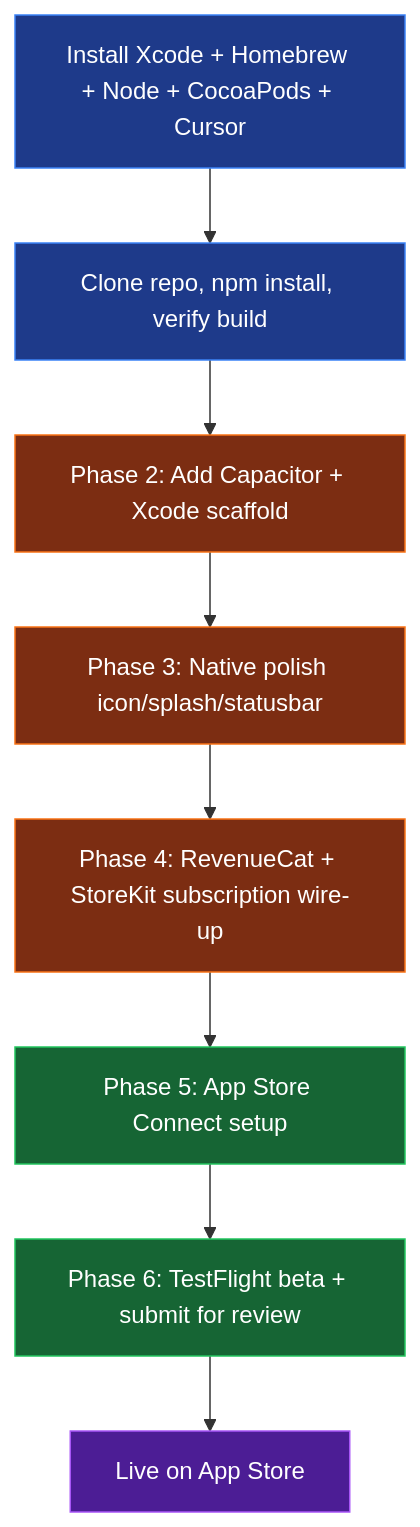
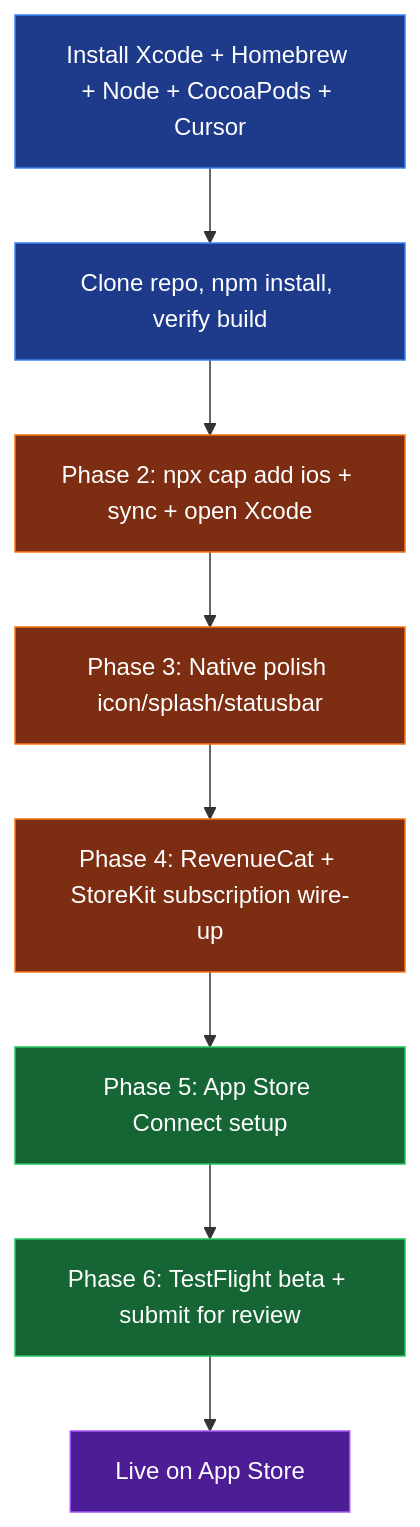
Before and after one commit to sarasmithmft-del/bcba-study-app: the diagram in HANDOFF.md, drawn with Mermaid. The commit also changed other lines of this file and 3 other files, not shown here.

First line of the commit message:
Scaffold Capacitor 8 for iOS and refresh Mac handoff docs.

````diff
--- a/HANDOFF.md
+++ b/HANDOFF.md
@@ -33,19 +35,19 @@
 ```mermaid
 flowchart TD
     A[Install Xcode + Homebrew + Node + CocoaPods + Cursor] --> B[Clone repo, npm install, verify build]
-    B --> C[Phase 2: Add Capacitor + Xcode scaffold]
+    B --> C[Phase 2: npx cap add ios + sync + open Xcode]
     C --> D[Phase 3: Native polish icon/splash/statusbar]
     D --> E[Phase 4: RevenueCat + StoreKit subscription wire-up]
     E --> F[Phase 5: App Store Connect setup]
     F --> G[Phase 6: TestFlight beta + submit for review]
     G --> H[Live on App Store]
 
     style A fill:#1e3a8a,stroke:#3b82f6,color:#fff
     style B fill:#1e3a8a,stroke:#3b82f6,color:#fff
     style C fill:#7c2d12,stroke:#f97316,color:#fff
     style D fill:#7c2d12,stroke:#f97316,color:#fff
     style E fill:#7c2d12,stroke:#f97316,color:#fff
     style F fill:#166534,stroke:#22c55e,color:#fff
     style G fill:#166534,stroke:#22c55e,color:#fff
     style H fill:#4c1d95,stroke:#a855f7,color:#fff
 ```
````
